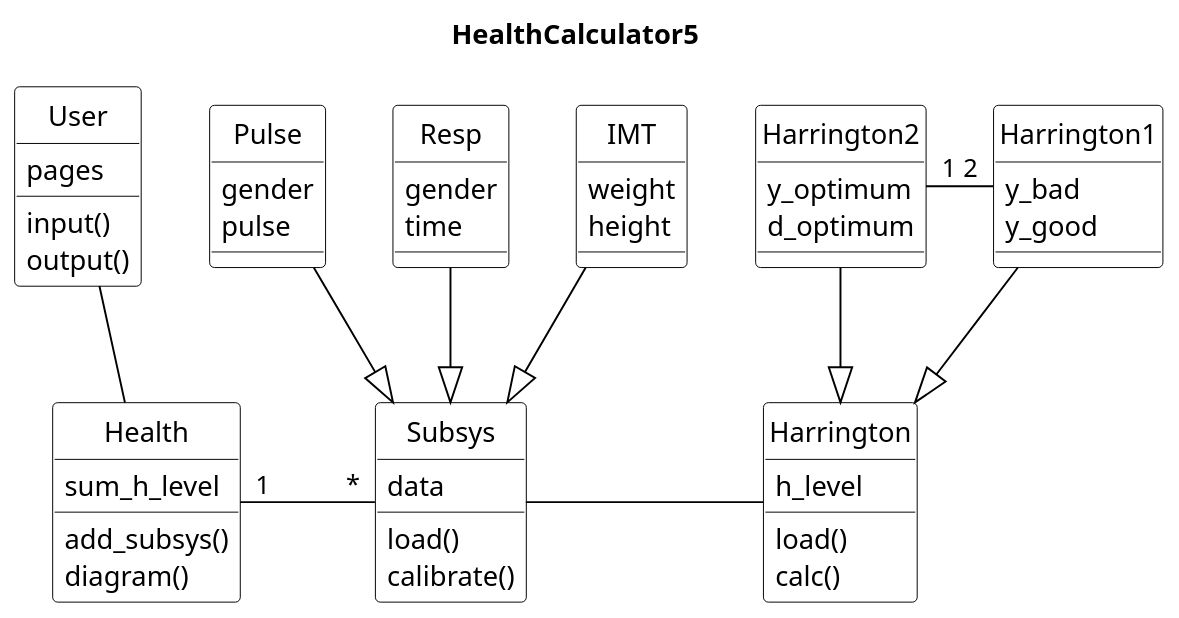
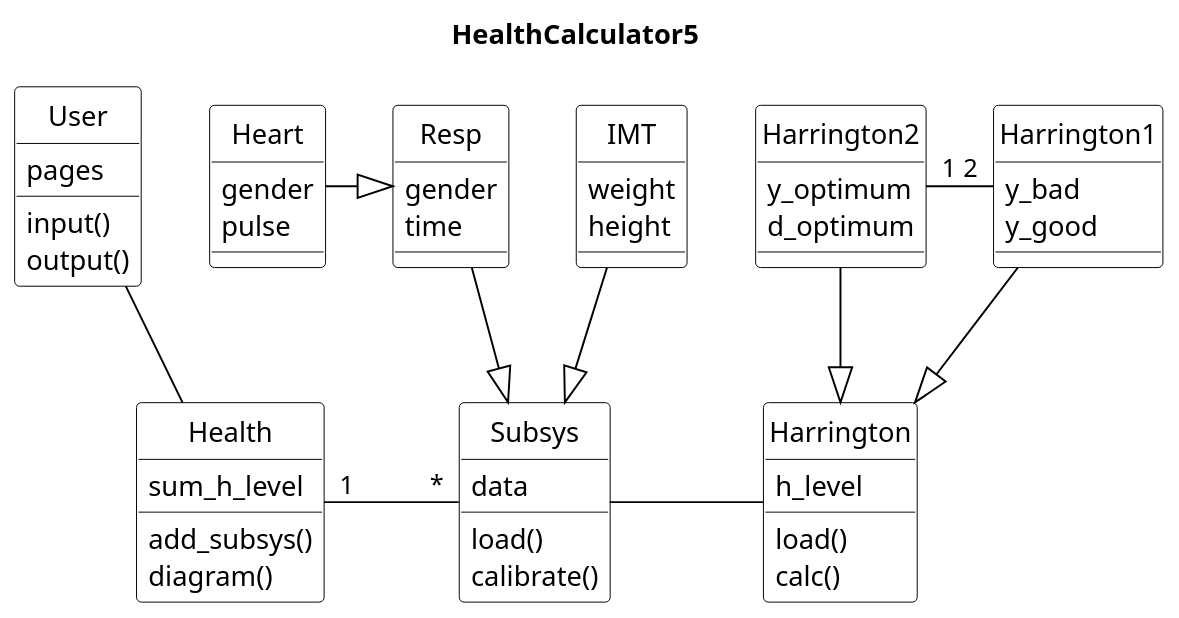
One commit to LinaLopato/HealthCalculator5 changed the diagram in uml_models/hc_classes.puml. Above: the diagram before and after it, drawn with PlantUML. The commit also changed 2 other files, not shown here.

```diff
--- a/uml_models/hc_classes.puml
+++ b/uml_models/hc_classes.puml
@@ -1,75 +1,75 @@
 @startuml
 title   HealthCalculator5
 
 
 
 skinparam class {
 BackgroundColor White
 ArrowColor Black
 BorderColor Black
 }
 skinparam object {
 BackgroundColor White
 ArrowColor Black
 BorderColor Black
 }
 scale 1.3
 skinparam DefaultTextAlignment left
 skinparam shadowing false
 skinparam packageStyle frame
 hide circle
 'hide members
 'skinparam monochrome true
 'note " lots in deal" as spread
 'package Storage {
-class Pulse{
+class Heart{
 gender
 pulse
 }
 class Resp{
 gender
 time
 }
 class IMT{
 weight
 height
 }
 class Health{
 sum_h_level
 add_subsys()
 diagram()
 }
 class Subsys{
 data
 load()
 calibrate()
 }
 class User{
 pages
 input()
 output()
 }
 class Harrington1{
 y_bad
 y_good
 }
 class Harrington2{
 y_optimum
 d_optimum
 }
 class Harrington{
 h_level
 load()
 calc()
 }
 Harrington2 "1"-"2" Harrington1
-Pulse --|> Subsys
+Heart -|> Resp
 IMT --|> Subsys
 Resp --|> Subsys
 User -- Health
 'Subsys <|-  Resp
 Health "1"-"*"  Subsys
 Harrington2 --|> Harrington
 Harrington1 --|> Harrington
 Subsys - Harrington
 @enduml
```
